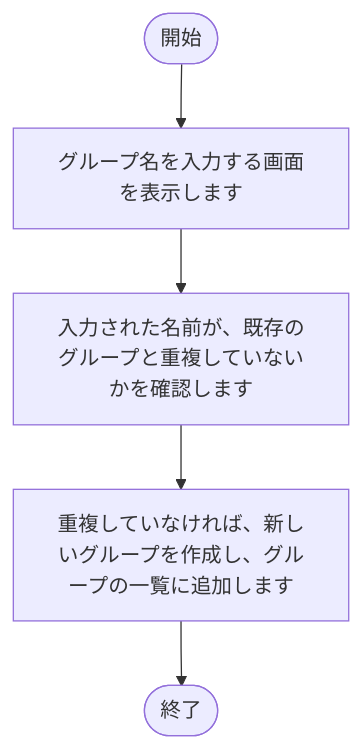
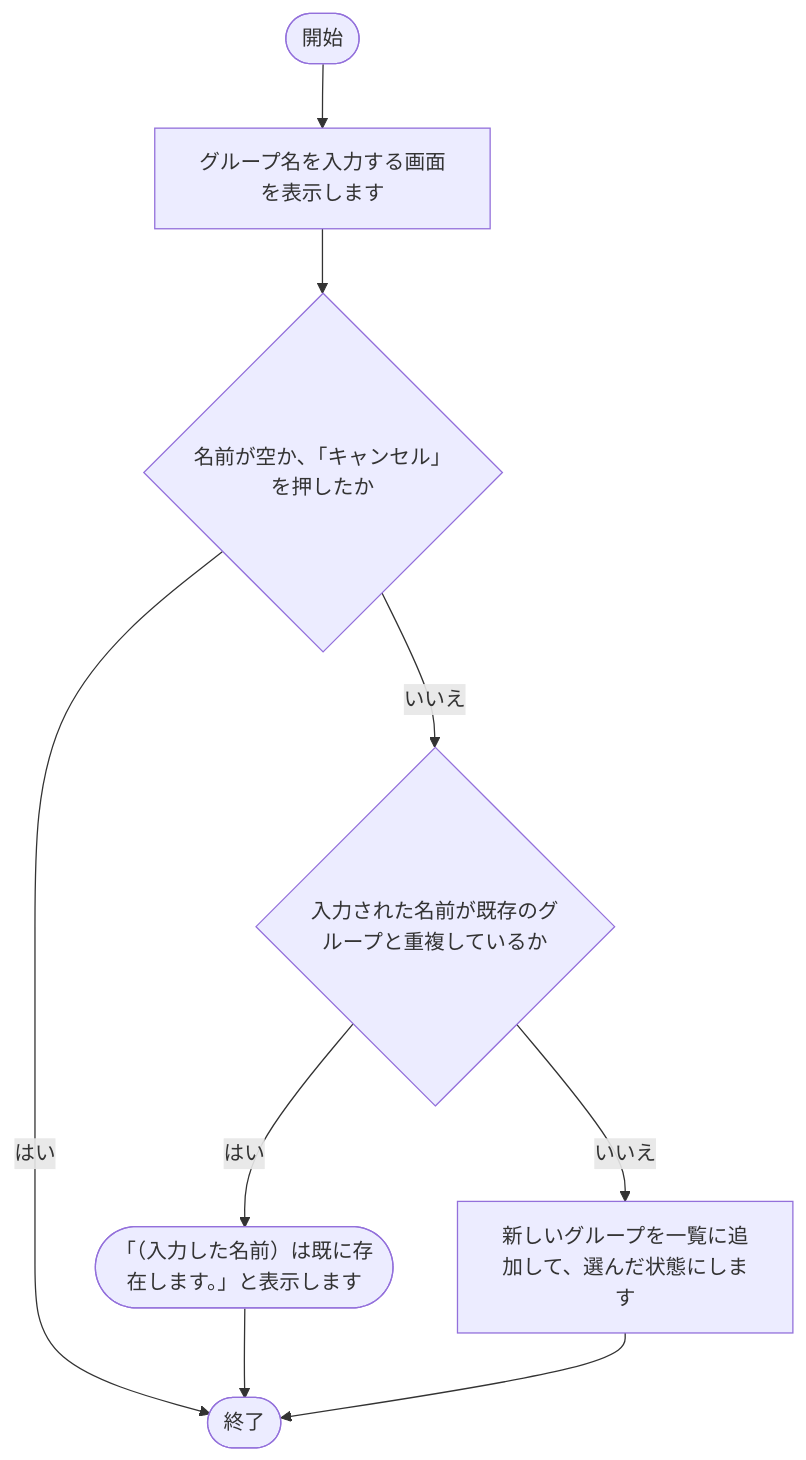
Diagram 12 of 25 in tool/kintone-aggregator/doc/02_設計/処理フロー.md (nishida2073/project_management), drawn with Mermaid before and after one commit. The commit also changed other lines of this file and 35 other files, not shown here.

````diff
--- a/tool/kintone-aggregator/doc/02_設計/処理フロー.md
+++ b/tool/kintone-aggregator/doc/02_設計/処理フロー.md
@@ -319,12 +320,18 @@
 ```mermaid
 flowchart TD
     S(["開始"])
     E(["終了"])
     N1["グループ名を入力する画面を表示します"]
     S --> N1
-    N2["入力された名前が、既存のグループと重複していないかを確認します"]
-    N1 --> N2
-    N3["重複していなければ、新しいグループを作成し、グループの一覧に追加します"]
-    N2 --> N3
+    N0{"名前が空か、「キャンセル」を押したか"}
+    N1 --> N0
+    N0 -- はい --> E
+    N2{"入力された名前が既存のグループと重複しているか"}
+    N0 -- いいえ --> N2
+    X2(["「（入力した名前）は既に存在します。」と表示します"])
+    N2 -- はい --> X2
+    X2 --> E
+    N3["新しいグループを一覧に追加して、選んだ状態にします"]
+    N2 -- いいえ --> N3
     N3 --> E
 ```
````
